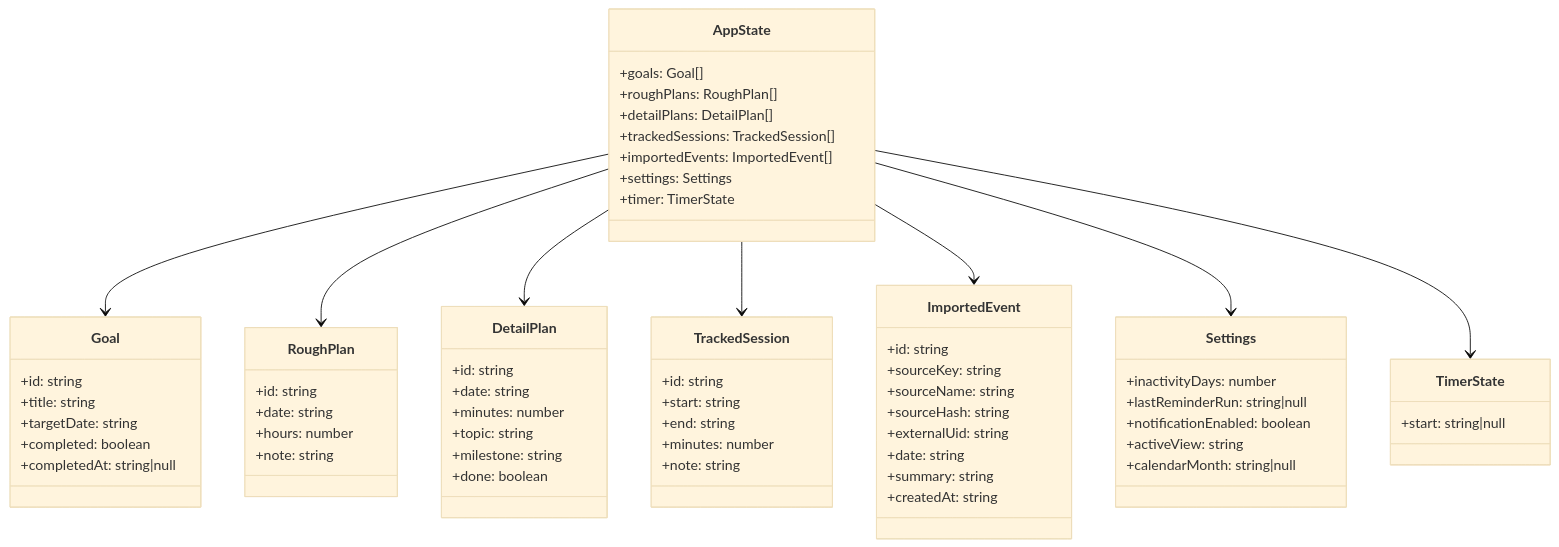
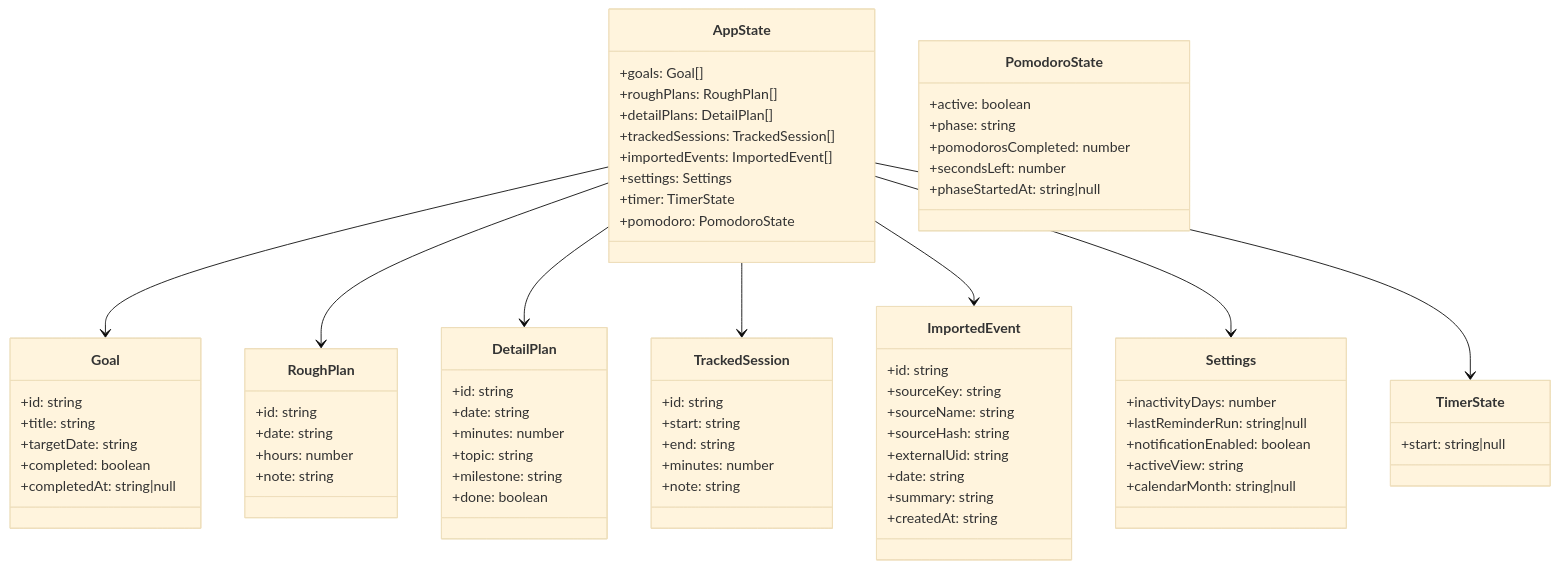
The third of 3 diagrams in README.md (ChristinaSporer/FocusFlow), drawn with Mermaid (base theme) before and after one commit. The commit also changed other lines of this file and 4 other files, not shown here.

```diff
--- a/README.md
+++ b/README.md
@@ -129,6 +128,14 @@
     +importedEvents: ImportedEvent[]
     +settings: Settings
     +timer: TimerState
+    +pomodoro: PomodoroState
+  }
+  class PomodoroState {
+    +active: boolean
+    +phase: string
+    +pomodorosCompleted: number
+    +secondsLeft: number
+    +phaseStartedAt: string|null
   }
 
   class Goal {
```
